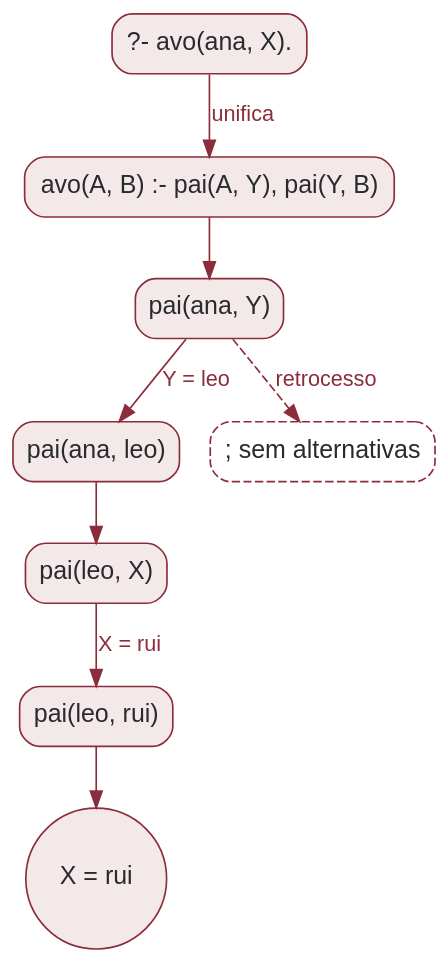
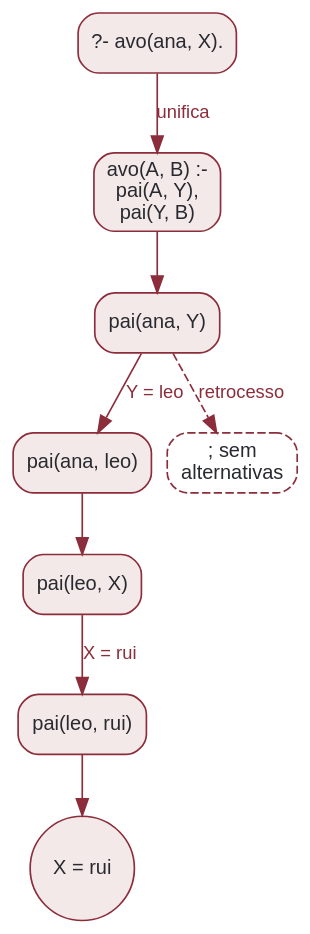
The diagram in src/content/pfl/p7sld.dot (rodrgds/resumos), drawn with Graphviz before and after one commit.

Commit message:
docs(pfl): manter a primeira árvore SLD visível no móvel

```diff
--- a/src/content/pfl/p7sld.dot
+++ b/src/content/pfl/p7sld.dot
@@ -1,20 +1,20 @@
 digraph Procura {
-  graph [bgcolor="transparent", rankdir=TB, pad=0.2];
-  node [shape=box, style="rounded,filled", fillcolor="#f3e9e9", color="#8c2d3b", fontcolor="#292a30", fontname="Arial", fontsize=15];
-  edge [color="#8c2d3b", fontcolor="#8c2d3b", fontname="Arial", fontsize=13];
+  graph [bgcolor="transparent", rankdir=TB, pad=0.1, nodesep=0.12];
+  node [shape=box, style="rounded,filled", fillcolor="#f3e9e9", color="#8c2d3b", fontcolor="#292a30", fontname="Arial", fontsize=12];
+  edge [color="#8c2d3b", fontcolor="#8c2d3b", fontname="Arial", fontsize=11];
   query [label="?- avo(ana, X)."];
-  regra [label="avo(A, B) :- pai(A, Y), pai(Y, B)"];
+  regra [label="avo(A, B) :-\npai(A, Y),\npai(Y, B)"];
   g1 [label="pai(ana, Y)"];
   f1 [label="pai(ana, leo)"];
   g2 [label="pai(leo, X)"];
   f2 [label="pai(leo, rui)"];
   ok [label="X = rui", shape=circle];
   query -> regra [label="unifica"];
   regra -> g1;
   g1 -> f1 [label="Y = leo"];
   f1 -> g2;
   g2 -> f2 [label="X = rui"];
   f2 -> ok;
-  resto [label="; sem alternativas", style="rounded,dashed"];
+  resto [label="; sem\nalternativas", style="rounded,dashed"];
   g1 -> resto [style=dashed, label="retrocesso"];
 }
```
